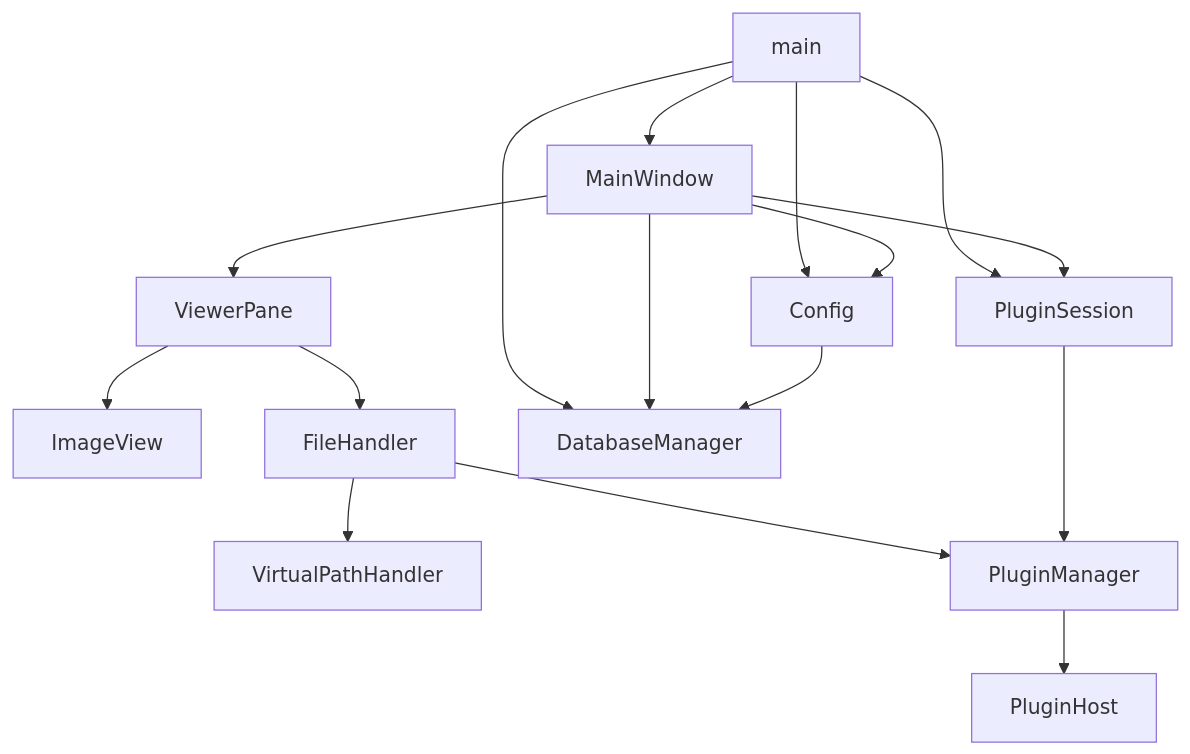
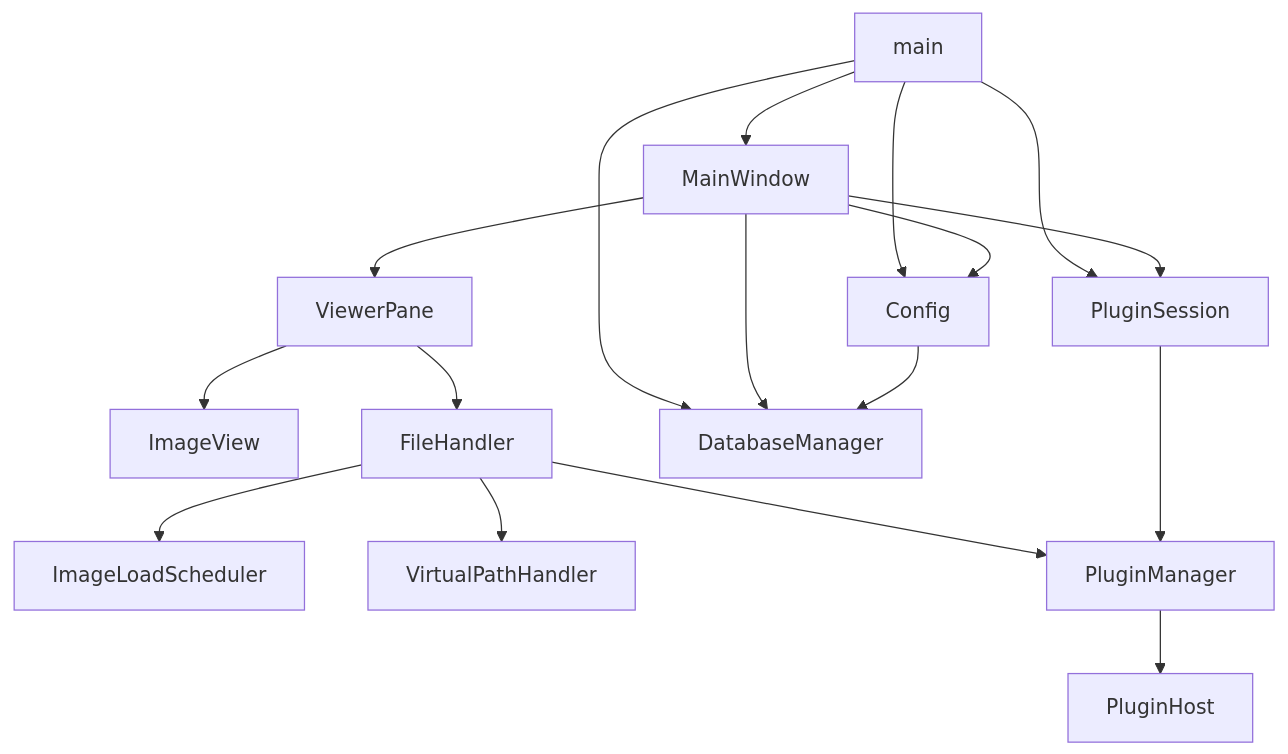
The first of 2 diagrams in docs/ARCHITECTURE.md (reki/EzCO), drawn with Mermaid before and after one commit. The commit also changed other lines of this file and 59 other files, not shown here.

````diff
--- a/docs/ARCHITECTURE.md
+++ b/docs/ARCHITECTURE.md
@@ -53,29 +56,31 @@
 ```mermaid
 flowchart TD
     mainMod[main]
     MW[MainWindow]
     Pane[ViewerPane]
     IV[ImageView]
     FH[FileHandler]
+    ILS[ImageLoadScheduler]
     VP[VirtualPathHandler]
     PM[PluginManager]
     PH[PluginHost]
     PS[PluginSession]
     Cfg[Config]
     DB[DatabaseManager]
     mainMod --> MW
     mainMod --> Cfg
     mainMod --> DB
     mainMod --> PS
     MW --> Pane
     MW --> Cfg
     MW --> DB
     MW --> PS
     Pane --> FH
     Pane --> IV
+    FH --> ILS
     FH --> VP
     FH --> PM
     PS --> PM
     PM --> PH
     Cfg --> DB
 ```
````
